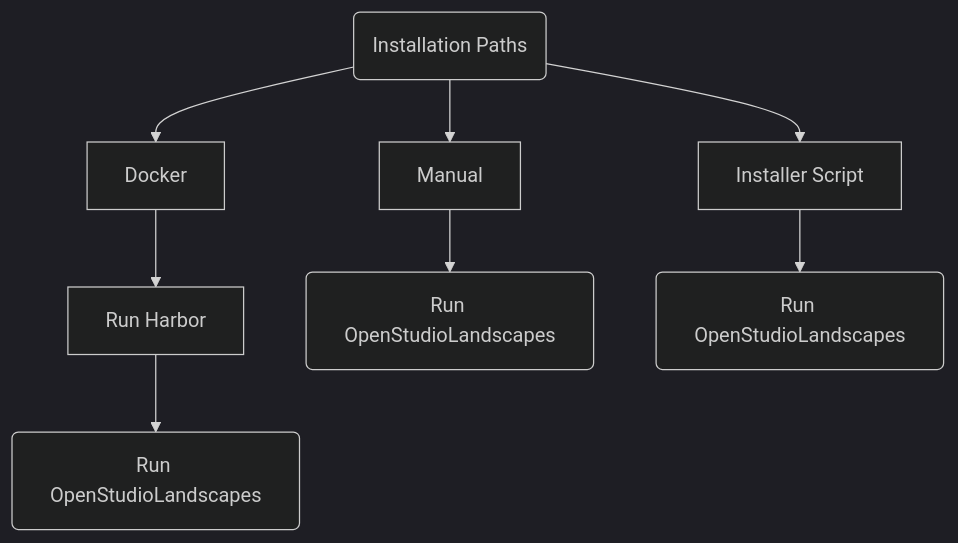
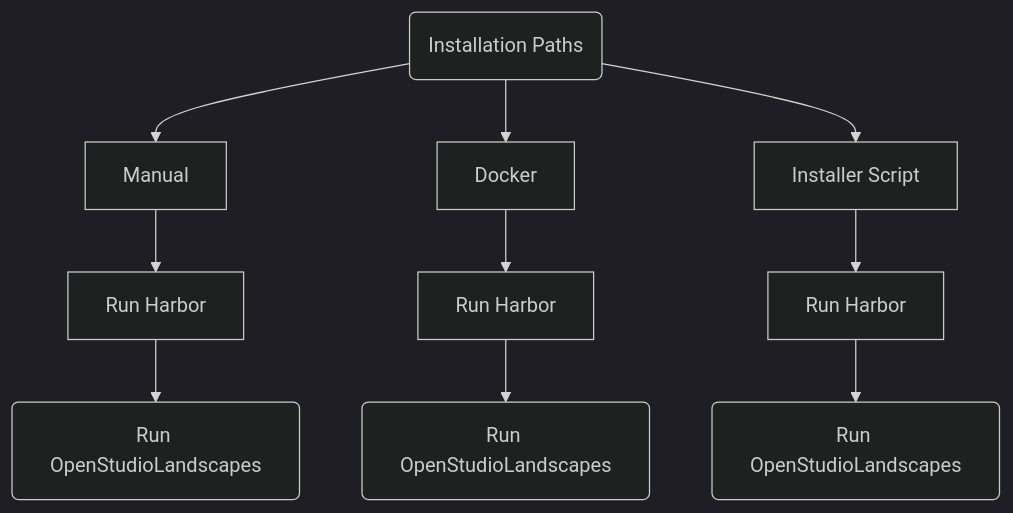
The diagram in wiki/installation/installation_paths.md (michimussato/OpenStudioLandscapes), drawn with Mermaid (dark theme) before and after one commit.

Commit message:
refactor

````diff
--- a/wiki/installation/installation_paths.md
+++ b/wiki/installation/installation_paths.md
@@ -11,26 +11,30 @@
 ```mermaid
 graph TB
     installation_paths(Installation Paths)
     manual[Manual]
     click manual href "https://github.com/michimussato/OpenStudioLandscapes/blob/main/wiki/installation/basic_installation.md#basic-installation"
     docker[Docker]
     click docker href "https://github.com/michimussato/OpenStudioLandscapes/blob/main/wiki/installation/basic_installation_from_script.md"
     installer_script[Installer Script]
     click installer_script href "https://github.com/michimussato/OpenStudioLandscapes/blob/main/wiki/installation/basic_installation_from_script.md"
     installation_paths --> manual
     installation_paths --> docker
     installation_paths --> installer_script
     
+    run_harbor_manual[Run Harbor]
+    click run_harbor_docker href "https://github.com/michimussato/OpenStudioLandscapes/blob/main/wiki/run/run_harbor.md#up"
     run_harbor_docker[Run Harbor]
+    click run_harbor_docker href "https://github.com/michimussato/OpenStudioLandscapes/blob/main/wiki/run/run_harbor.md#up"
+    run_harbor_script[Run Harbor]
     click run_harbor_docker href "https://github.com/michimussato/OpenStudioLandscapes/blob/main/wiki/run/run_harbor.md#up"
     
     run_manual(Run OpenStudioLandscapes)
     %% click run_docker href ""
     run_docker(Run OpenStudioLandscapes)
     click run_docker href "https://github.com/michimussato/OpenStudioLandscapes/blob/main/wiki/run_openstudiolandscapes/from_docker_image.md"
     run_installer(Run OpenStudioLandscapes)
     %% click run_docker href ""
-    manual --> run_manual
+    manual --> run_harbor_manual --> run_manual
     docker --> run_harbor_docker --> run_docker
-    installer_script --> run_installer
+    installer_script --> run_harbor_script --> run_installer
 ```
````
